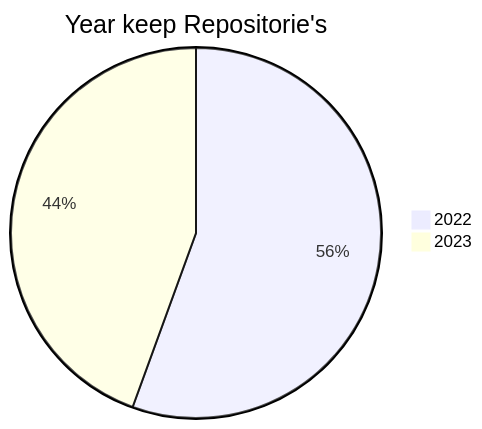
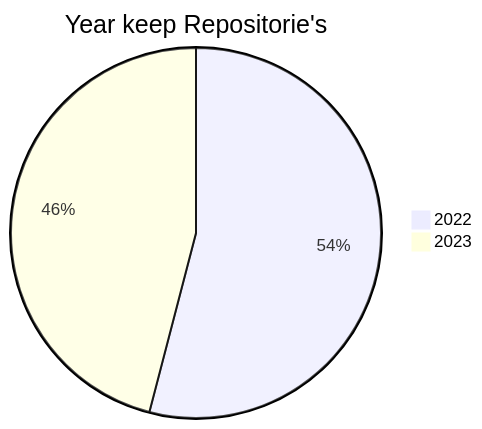
The second of 2 diagrams in README.md (BackdevHong/YOC), drawn with Mermaid before and after one commit. The commit also changed other lines of this file, not shown here.

````diff
--- a/README.md
+++ b/README.md
@@ -13,5 +13,5 @@
 ```mermaid
 pie title Year keep Repositorie's
     "2022" : 20
-    "2023" : 16
+    "2023" : 17
 ```
````
